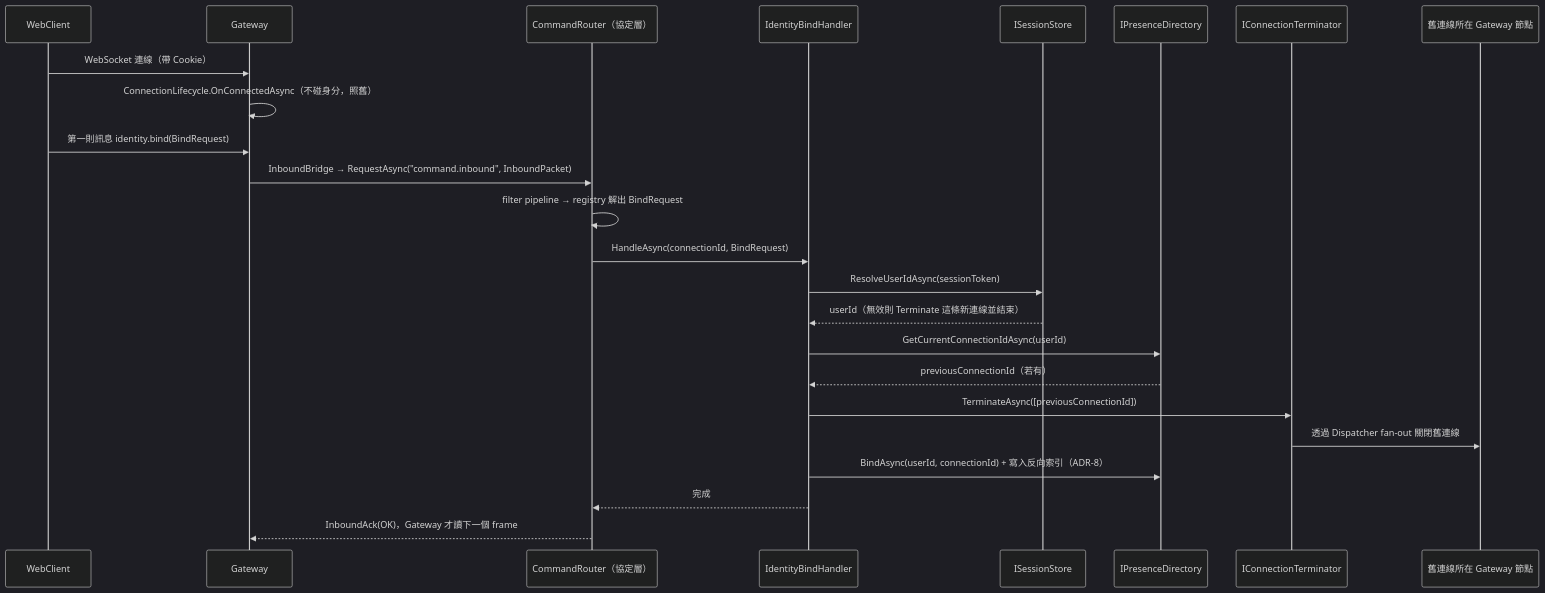
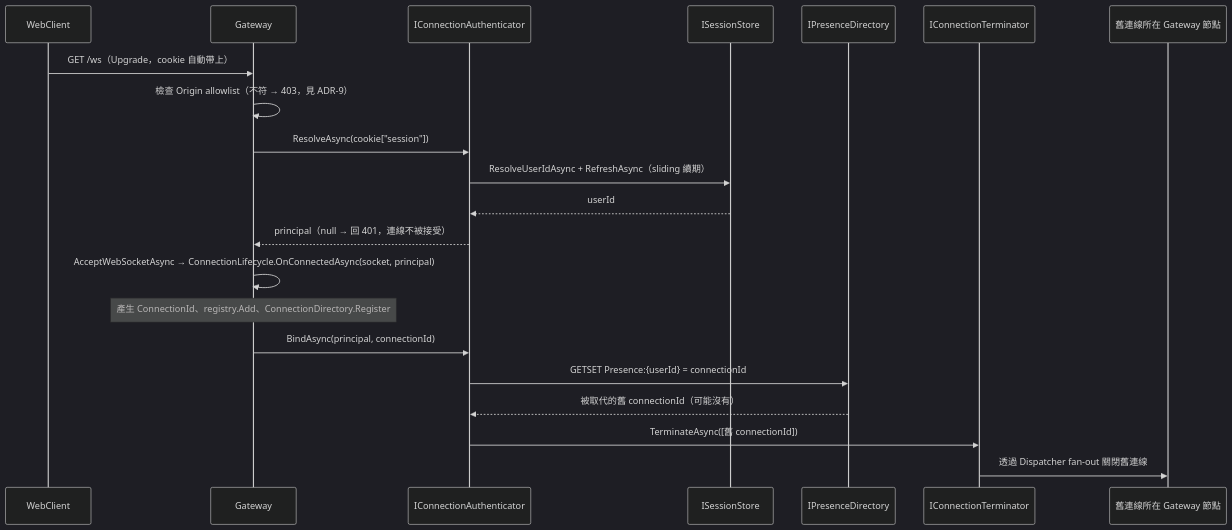
Before and after one commit to yggdrasill-dev/ChatSystem: the third of 5 diagrams in docs/architecture/identity-layer.md, drawn with Mermaid (dark theme). The commit also changed other lines of this file and 4 other files, not shown here.

First line of the commit message:
docs(identity-layer): 身分驗證改到 WebSocket handshake，同步修訂連線/協定/房間層

````diff
--- a/docs/architecture/identity-layer.md
+++ b/docs/architecture/identity-layer.md
@@ -112,27 +139,24 @@
 ```mermaid
 sequenceDiagram
     participant WC as WebClient
     participant GW as Gateway
-    participant RT as CommandRouter（協定層）
-    participant IB as IdentityBindHandler
+    participant CA as IConnectionAuthenticator
     participant SS as ISessionStore
     participant PD as IPresenceDirectory
     participant CT as IConnectionTerminator
     participant OldGW as 舊連線所在 Gateway 節點
 
-    WC->>GW: WebSocket 連線（帶 Cookie）
-    GW->>GW: ConnectionLifecycle.OnConnectedAsync（不碰身分，照舊）
-    WC->>GW: 第一則訊息 identity.bind(BindRequest)
-    GW->>RT: InboundBridge → RequestAsync("command.inbound", InboundPacket)
-    RT->>RT: filter pipeline → registry 解出 BindRequest
-    RT->>IB: HandleAsync(connectionId, BindRequest)
-    IB->>SS: ResolveUserIdAsync(sessionToken)
-    SS-->>IB: userId（無效則 Terminate 這條新連線並結束）
-    IB->>PD: GetCurrentConnectionIdAsync(userId)
-    PD-->>IB: previousConnectionId（若有）
-    IB->>CT: TerminateAsync([previousConnectionId])
+    WC->>GW: GET /ws（Upgrade，cookie 自動帶上）
+    GW->>GW: 檢查 Origin allowlist（不符 → 403，見 ADR-9）
+    GW->>CA: ResolveAsync(cookie["session"])
+    CA->>SS: ResolveUserIdAsync + RefreshAsync（sliding 續期）
+    SS-->>CA: userId
+    CA-->>GW: principal（null → 回 401，連線不被接受）
+    GW->>GW: AcceptWebSocketAsync → ConnectionLifecycle.OnConnectedAsync(socket, principal)
+    Note over GW: 產生 ConnectionId、registry.Add、ConnectionDirectory.Register
+    GW->>CA: BindAsync(principal, connectionId)
+    CA->>PD: GETSET Presence:{userId} = connectionId
+    PD-->>CA: 被取代的舊 connectionId（可能沒有）
+    CA->>CT: TerminateAsync([舊 connectionId])
     CT->>OldGW: 透過 Dispatcher fan-out 關閉舊連線
-    IB->>PD: BindAsync(userId, connectionId) + 寫入反向索引（ADR-8）
-    IB-->>RT: 完成
-    RT-->>GW: InboundAck(OK)，Gateway 才讀下一個 frame
 ```
````
